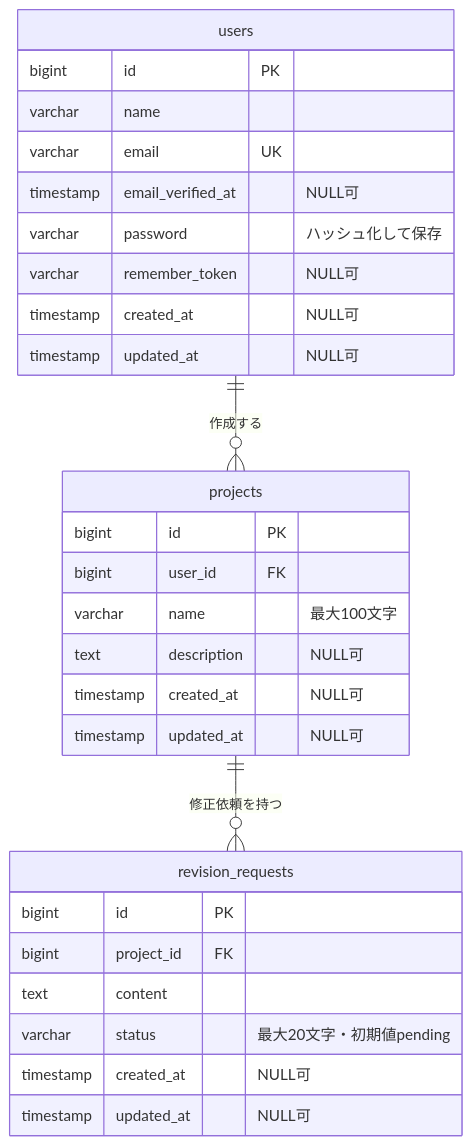
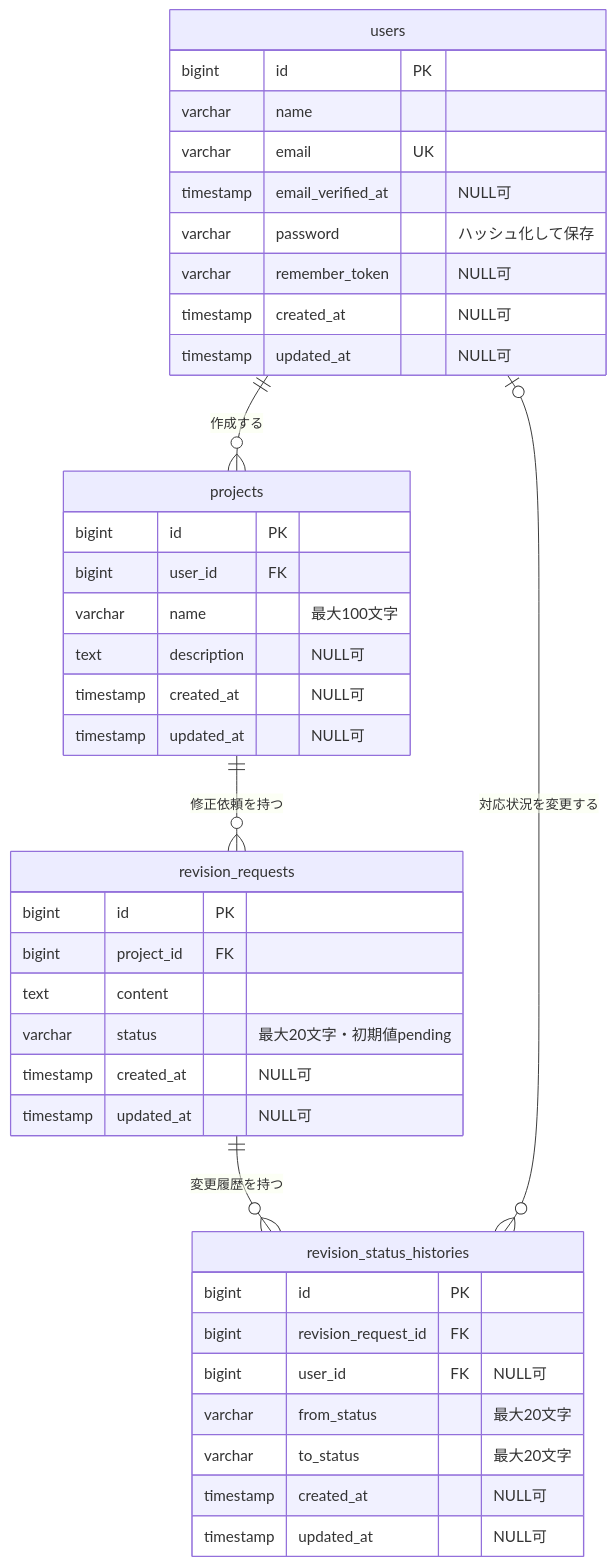
The diagram in README.md (git-yuji/laravel-project-manager), drawn with Mermaid before and after one commit. The commit also changed other lines of this file, not shown here.

````diff
--- a/README.md
+++ b/README.md
@@ -91,34 +92,45 @@
 ```mermaid
 erDiagram
     users ||--o{ projects : "作成する"
     projects ||--o{ revision_requests : "修正依頼を持つ"
+    revision_requests ||--o{ revision_status_histories : "変更履歴を持つ"
+    users |o--o{ revision_status_histories : "対応状況を変更する"
 
     users {
         bigint id PK
         varchar name
         varchar email UK
         timestamp email_verified_at "NULL可"
         varchar password "ハッシュ化して保存"
         varchar remember_token "NULL可"
         timestamp created_at "NULL可"
         timestamp updated_at "NULL可"
     }
 
     projects {
         bigint id PK
         bigint user_id FK
         varchar name "最大100文字"
         text description "NULL可"
         timestamp created_at "NULL可"
         timestamp updated_at "NULL可"
     }
 
     revision_requests {
         bigint id PK
         bigint project_id FK
         text content
         varchar status "最大20文字・初期値pending"
         timestamp created_at "NULL可"
         timestamp updated_at "NULL可"
     }
+    revision_status_histories {
+        bigint id PK
+        bigint revision_request_id FK
+        bigint user_id FK "NULL可"
+        varchar from_status "最大20文字"
+        varchar to_status "最大20文字"
+        timestamp created_at "NULL可"
+        timestamp updated_at "NULL可"
+    }
 ```
````
